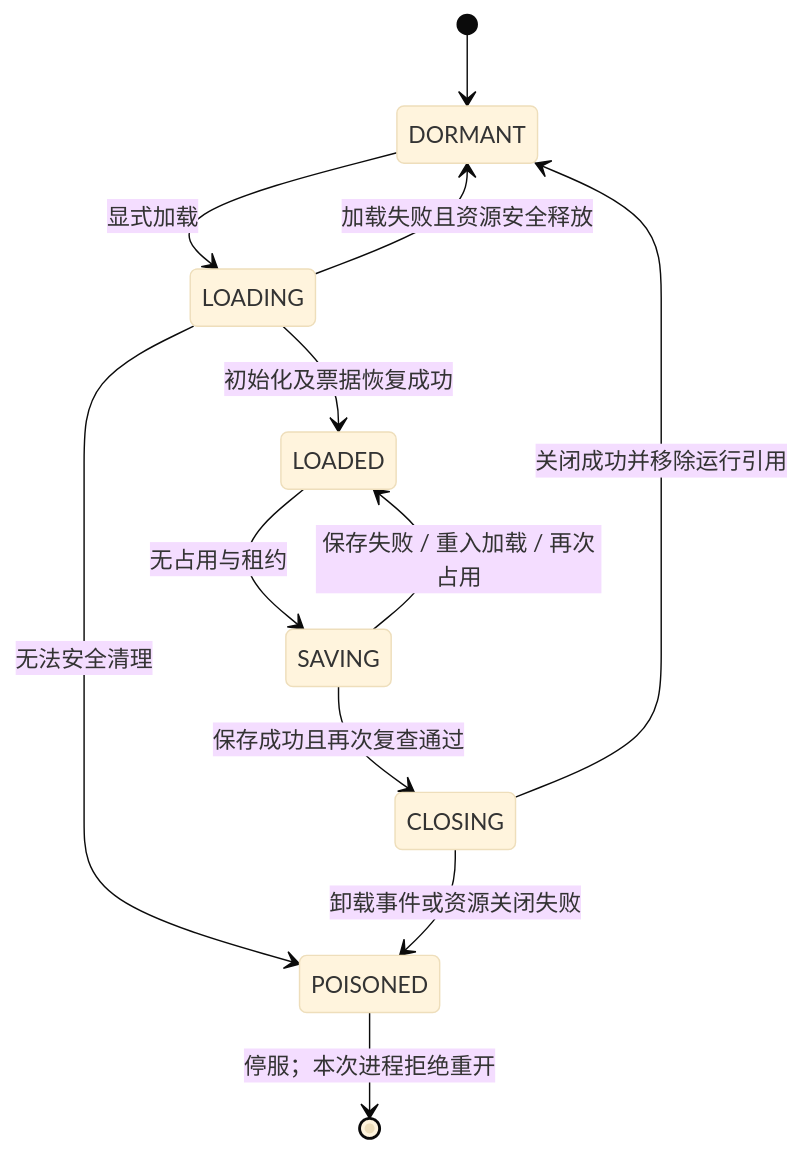
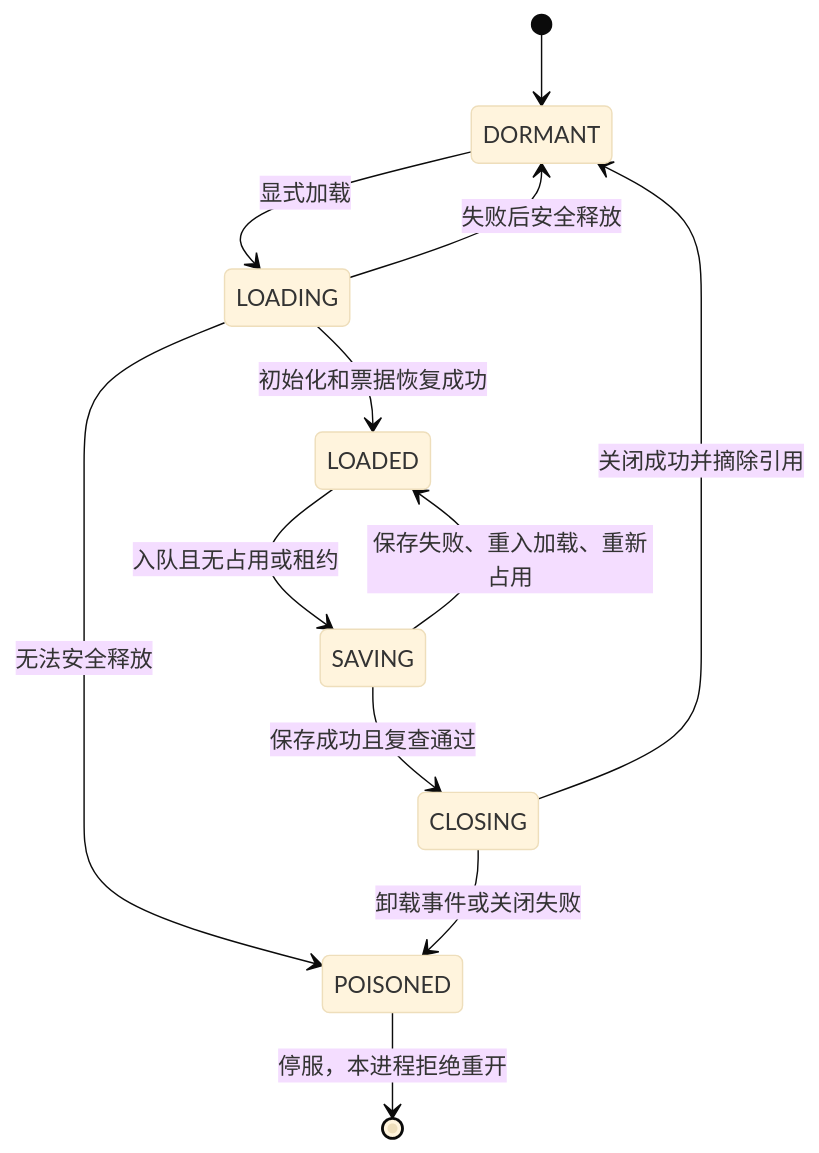
The second of 5 diagrams in docs/dimensions.md (GregTech-Odyssey/GTOCore-Main), drawn with Mermaid (base theme) before and after one commit. The commit also changed other lines of this file and 2 other files, not shown here.

````diff
--- a/docs/dimensions.md
+++ b/docs/dimensions.md
@@ -138,14 +103,14 @@
 ```mermaid
 stateDiagram-v2
     [*] --> DORMANT
     DORMANT --> LOADING: 显式加载
-    LOADING --> LOADED: 初始化及票据恢复成功
-    LOADING --> DORMANT: 加载失败且资源安全释放
-    LOADING --> POISONED: 无法安全清理
-    LOADED --> SAVING: 无占用与租约
-    SAVING --> LOADED: 保存失败 / 重入加载 / 再次占用
-    SAVING --> CLOSING: 保存成功且再次复查通过
-    CLOSING --> DORMANT: 关闭成功并移除运行引用
-    CLOSING --> POISONED: 卸载事件或资源关闭失败
-    POISONED --> [*]: 停服；本次进程拒绝重开
+    LOADING --> LOADED: 初始化和票据恢复成功
+    LOADING --> DORMANT: 失败后安全释放
+    LOADING --> POISONED: 无法安全释放
+    LOADED --> SAVING: 入队且无占用或租约
+    SAVING --> LOADED: 保存失败、重入加载、重新占用
+    SAVING --> CLOSING: 保存成功且复查通过
+    CLOSING --> DORMANT: 关闭成功并摘除引用
+    CLOSING --> POISONED: 卸载事件或关闭失败
+    POISONED --> [*]: 停服，本进程拒绝重开
 ```
````
